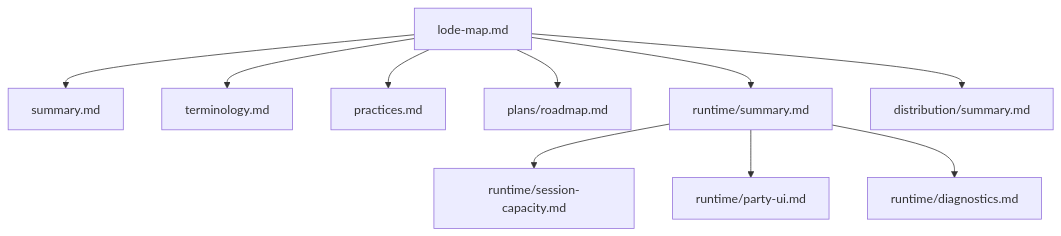
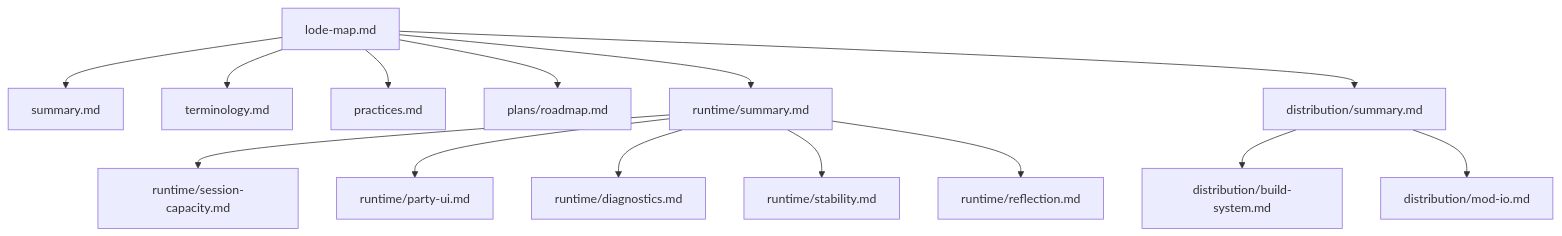
The diagram in lode/lode-map.md (TheAngryByrd/Wayfinder-Mods), drawn with Mermaid before and after one commit. The commit also changed other lines of this file and 35 other files, not shown here.

First line of the commit message:
Expand MorePlayers and add multi-mod build tooling

````diff
--- a/lode/lode-map.md
+++ b/lode/lode-map.md
@@ -6,12 +6,16 @@
 ```mermaid
 flowchart TD
     Map[lode-map.md] --> Summary[summary.md]
     Map --> Terms[terminology.md]
     Map --> Practices[practices.md]
     Map --> Plans[plans/roadmap.md]
     Map --> Runtime[runtime/summary.md]
     Runtime --> Session[runtime/session-capacity.md]
     Runtime --> UI[runtime/party-ui.md]
     Runtime --> Diagnostics[runtime/diagnostics.md]
+    Runtime --> Stability[runtime/stability.md]
+    Runtime --> Reflection[runtime/reflection.md]
     Map --> Distribution[distribution/summary.md]
+    Distribution --> BuildSystem[distribution/build-system.md]
+    Distribution --> ModIo[distribution/mod-io.md]
 ```
````
